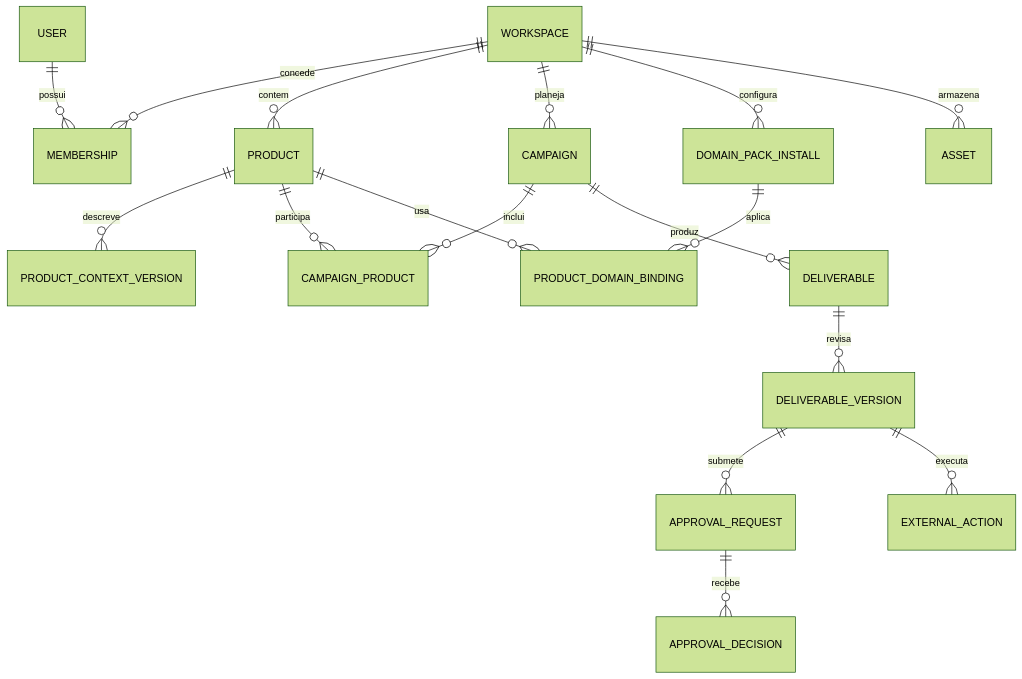
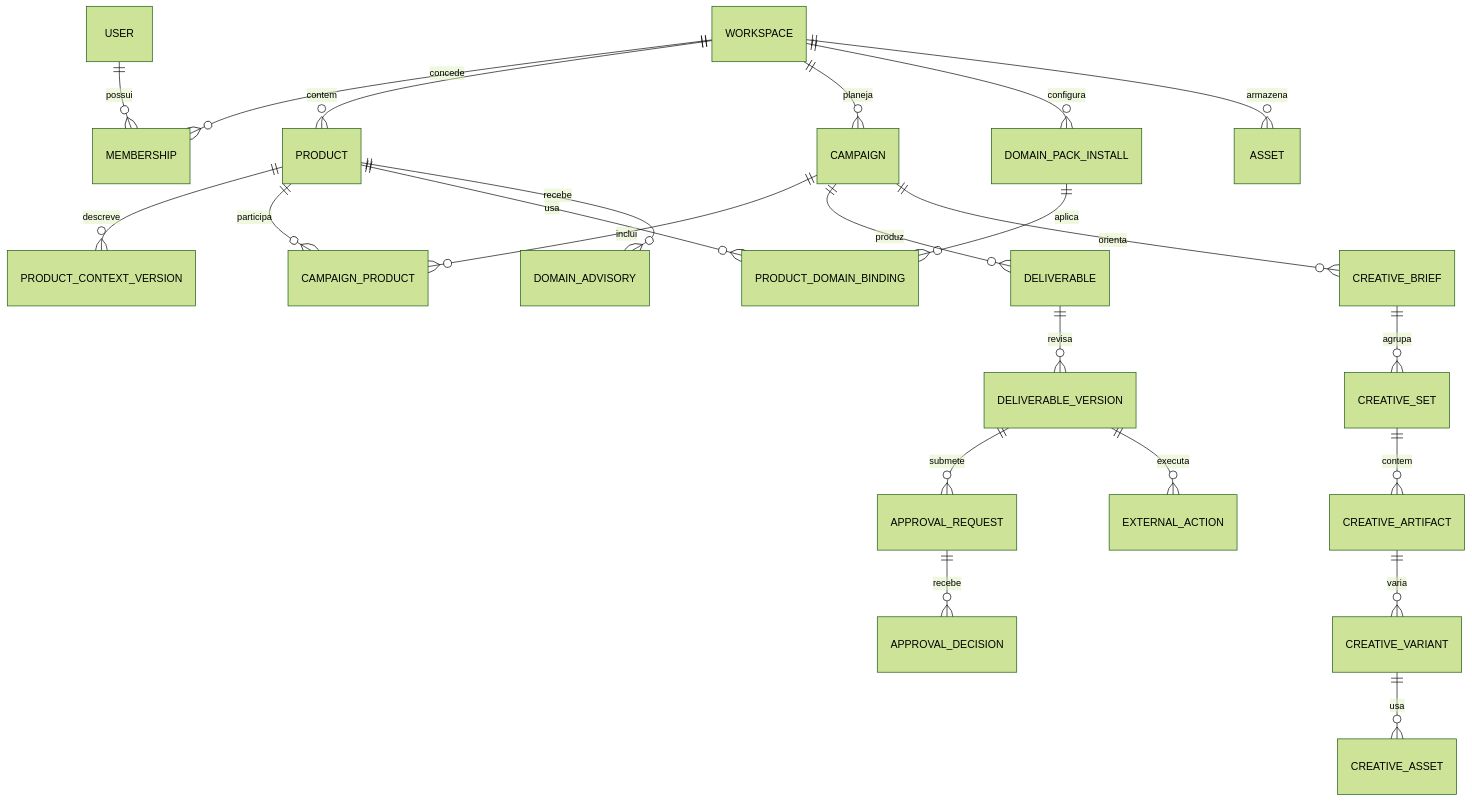
Before and after one commit to asimas81/marketing-team-eve-app-amor: the diagram in docs/marketing-management-os/DOMAIN_MODEL.md, drawn with Mermaid (forest theme). The commit also changed other lines of this file and 23 other files, not shown here.

Commit message:
feat: add domain advisory and creative producer specialists

````diff
--- a/docs/marketing-management-os/DOMAIN_MODEL.md
+++ b/docs/marketing-management-os/DOMAIN_MODEL.md
@@ -5,19 +5,25 @@
 ```mermaid
 erDiagram
   USER ||--o{ MEMBERSHIP : possui
   WORKSPACE ||--o{ MEMBERSHIP : concede
   WORKSPACE ||--o{ PRODUCT : contem
   WORKSPACE ||--o{ CAMPAIGN : planeja
   PRODUCT ||--o{ PRODUCT_CONTEXT_VERSION : descreve
   PRODUCT ||--o{ CAMPAIGN_PRODUCT : participa
   CAMPAIGN ||--o{ CAMPAIGN_PRODUCT : inclui
   WORKSPACE ||--o{ DOMAIN_PACK_INSTALL : configura
   DOMAIN_PACK_INSTALL ||--o{ PRODUCT_DOMAIN_BINDING : aplica
   PRODUCT ||--o{ PRODUCT_DOMAIN_BINDING : usa
   CAMPAIGN ||--o{ DELIVERABLE : produz
+  CAMPAIGN ||--o{ CREATIVE_BRIEF : orienta
+  CREATIVE_BRIEF ||--o{ CREATIVE_SET : agrupa
+  CREATIVE_SET ||--o{ CREATIVE_ARTIFACT : contem
+  CREATIVE_ARTIFACT ||--o{ CREATIVE_VARIANT : varia
+  CREATIVE_VARIANT ||--o{ CREATIVE_ASSET : usa
+  PRODUCT ||--o{ DOMAIN_ADVISORY : recebe
   DELIVERABLE ||--o{ DELIVERABLE_VERSION : revisa
   DELIVERABLE_VERSION ||--o{ APPROVAL_REQUEST : submete
   APPROVAL_REQUEST ||--o{ APPROVAL_DECISION : recebe
   DELIVERABLE_VERSION ||--o{ EXTERNAL_ACTION : executa
   WORKSPACE ||--o{ ASSET : armazena
 ```
````
